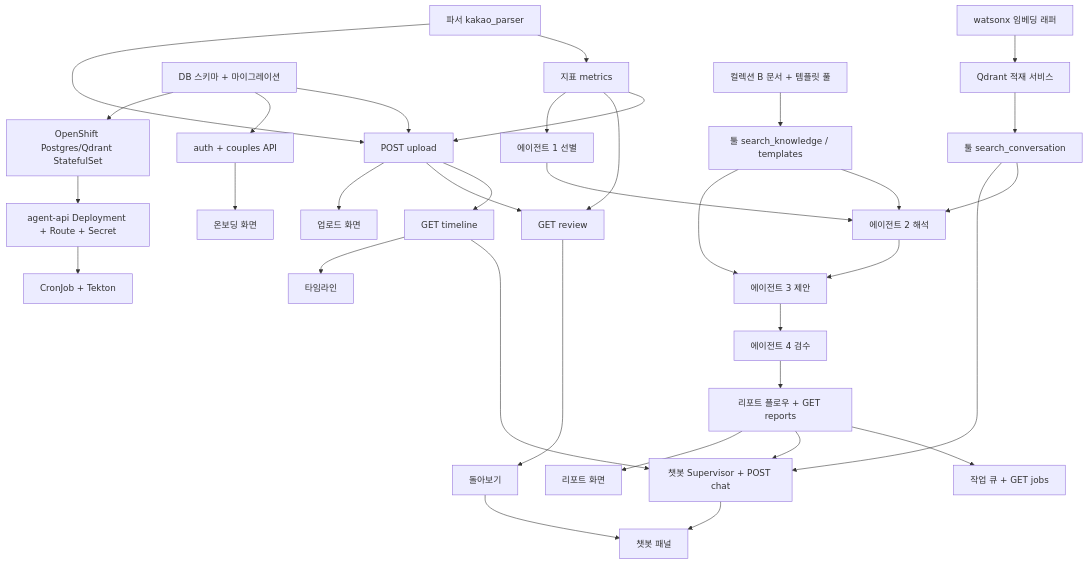
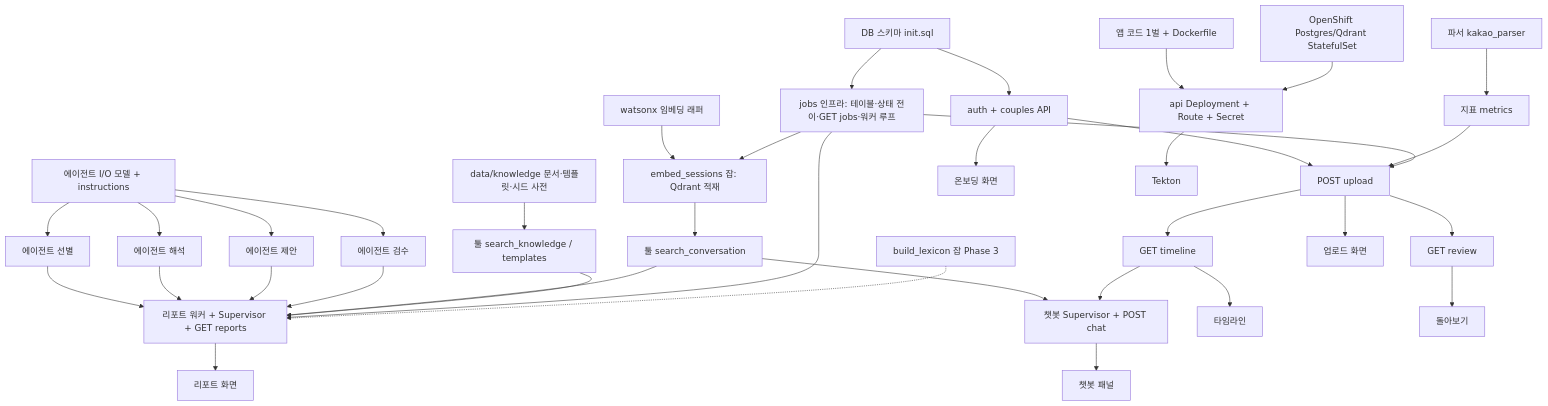
One commit to heheboi1972/hackathon-5-team changed the diagram in docs/TASKS.md. Above: the diagram before and after it, drawn with Mermaid. The commit also changed other lines of this file and 35 other files, not shown here.

Commit message:
refactor: 구조 검토 반영 — 세션 ID 결정론, 잡 분리, 내 단어 카드, 질문 판정 개선, CronJob·컬렉션 B 제거

````diff
--- a/docs/TASKS.md
+++ b/docs/TASKS.md
@@ -19,42 +19,44 @@
 ```mermaid
 graph TD
-  %% X --> Y : Y가 X에 의존
+  %% X --> Y : Y를 만들려면 X가 먼저 있어야 함 (빌드 의존성만. 런타임 순서는 TRD §5.2)
   P[파서 kakao_parser] --> M[지표 metrics]
-  M --> UP[POST upload]
-  P --> UP
-  DB[DB 스키마 + 마이그레이션] --> UP
-  DB --> AUTH[auth + couples API]
+  DB[DB 스키마 init.sql] --> AUTH[auth + couples API]
+  DB --> JOBS[jobs 인프라: 테이블·상태 전이·GET jobs·워커 루프]
+  AUTH --> UP[POST upload]
+  M --> UP
+  JOBS --> UP
   UP --> TL[GET timeline]
   UP --> RV[GET review]
-  M --> RV
 
-  QD[Qdrant 적재 서비스] --> SC[툴 search_conversation]
-  EMB[watsonx 임베딩 래퍼] --> QD
-  KB[컬렉션 B 문서 + 템플릿 풀] --> SK[툴 search_knowledge / templates]
+  EMB[watsonx 임베딩 래퍼] --> QD[embed_sessions 잡: Qdrant 적재]
+  JOBS --> QD
+  QD --> SC[툴 search_conversation]
+  KB[data/knowledge 문서·템플릿·시드 사전] --> SK[툴 search_knowledge / templates]
 
-  M --> A1[에이전트 1 선별]
-  A1 --> A2[에이전트 2 해석]
-  SC --> A2
-  SK --> A2
-  A2 --> A3[에이전트 3 제안]
-  SK --> A3
-  A3 --> A4[에이전트 4 검수]
-  A4 --> RP[리포트 플로우 + GET reports]
-  RP --> JOB[작업 큐 + GET jobs]
+  CONTRACT[에이전트 I/O 모델 + instructions] --> A1[에이전트 선별]
+  CONTRACT --> A2[에이전트 해석]
+  CONTRACT --> A3[에이전트 제안]
+  CONTRACT --> A4[에이전트 검수]
+  A1 --> RPW[리포트 워커 + Supervisor + GET reports]
+  A2 --> RPW
+  A3 --> RPW
+  A4 --> RPW
+  SC --> RPW
+  SK --> RPW
+  JOBS --> RPW
+  LEX[build_lexicon 잡 Phase 3] -.-> RPW
 
   SC --> CH[챗봇 Supervisor + POST chat]
   TL --> CH
-  RP --> CH
 
   AUTH --> FE1[온보딩 화면]
   UP --> FE2[업로드 화면]
   TL --> FE3[타임라인]
-  RP --> FE4[리포트 화면]
+  RPW --> FE4[리포트 화면]
   RV --> FE5[돌아보기]
   CH --> FE6[챗봇 패널]
-  FE5 --> FE6
 
-  DB --> OS1[OpenShift Postgres/Qdrant StatefulSet]
-  OS1 --> OS2[agent-api Deployment + Route + Secret]
-  OS2 --> OS3[CronJob + Tekton]
+  API[앱 코드 1벌 + Dockerfile] --> OS2[api Deployment + Route + Secret]
+  OS1[OpenShift Postgres/Qdrant StatefulSet] --> OS2
+  OS2 --> OS3[Tekton]
 ```
````
